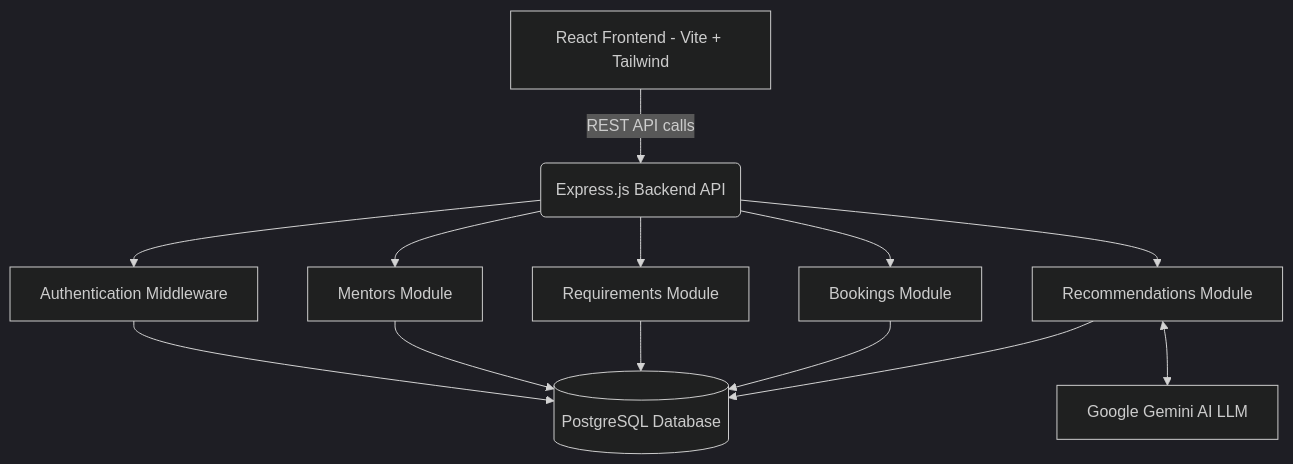
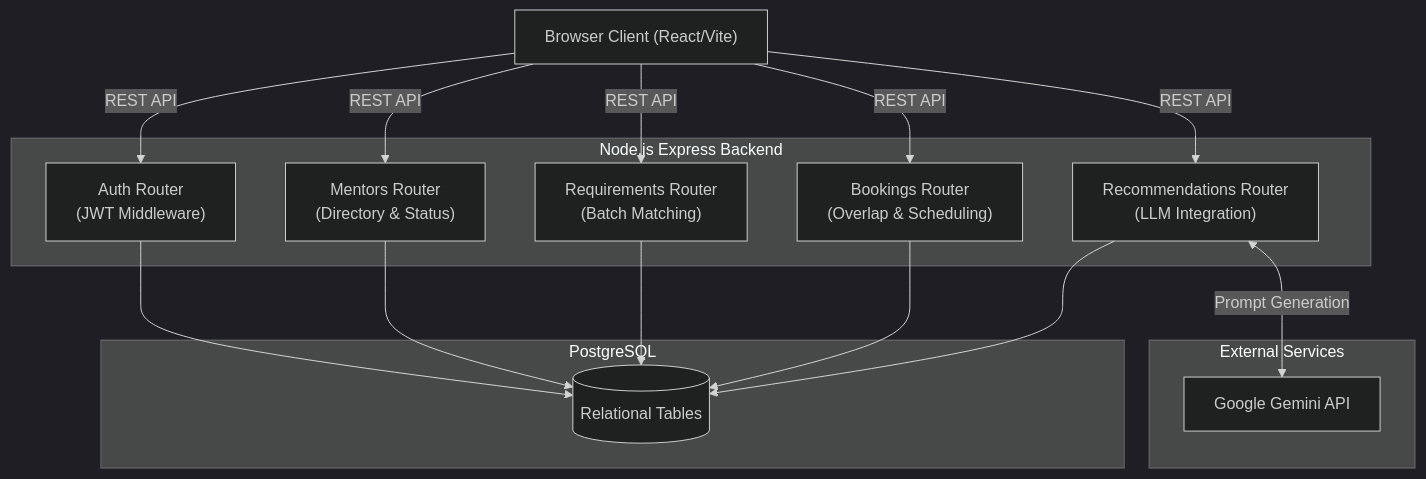
The first of 3 diagrams in README.md (BugHunterX2101/mentoring_call_scheduling_system), drawn with Mermaid (dark theme) before and after one commit. The commit also changed other lines of this file, not shown here.

````diff
--- a/README.md
+++ b/README.md
@@ -23,18 +38,34 @@
 ```mermaid
 graph TD
-    Client[React Frontend - Vite + Tailwind] -->|REST API calls| Gateway(Express.js Backend API)
+    Browser["Browser Client (React/Vite)"]
+
+    subgraph Backend ["Node.js Express Backend"]
+        Auth["Auth Router\n(JWT Middleware)"]
+        Mentors["Mentors Router\n(Directory & Status)"]
+        Reqs["Requirements Router\n(Batch Matching)"]
+        Bookings["Bookings Router\n(Overlap & Scheduling)"]
+        AI["Recommendations Router\n(LLM Integration)"]
+    end
+
+    subgraph Database ["PostgreSQL"]
+        DB[(Relational Tables)]
+    end
     
-    Gateway --> Auth[Authentication Middleware]
-    Gateway --> Mentors[Mentors Module]
-    Gateway --> Reqs[Requirements Module]
-    Gateway --> Bookings[Bookings Module]
-    Gateway --> AI[Recommendations Module]
+    subgraph External ["External Services"]
+        Gemini[Google Gemini API]
+    end
+
+    Browser -->|REST API| Auth
+    Browser -->|REST API| Mentors
+    Browser -->|REST API| Reqs
+    Browser -->|REST API| Bookings
+    Browser -->|REST API| AI
     
-    AI <--> Gemini[Google Gemini AI LLM]
-    
-    Auth --> DB[(PostgreSQL Database)]
+    Auth --> DB
     Mentors --> DB
     Reqs --> DB
     Bookings --> DB
     AI --> DB
+    
+    AI <-->|Prompt Generation| Gemini
 ```
````
